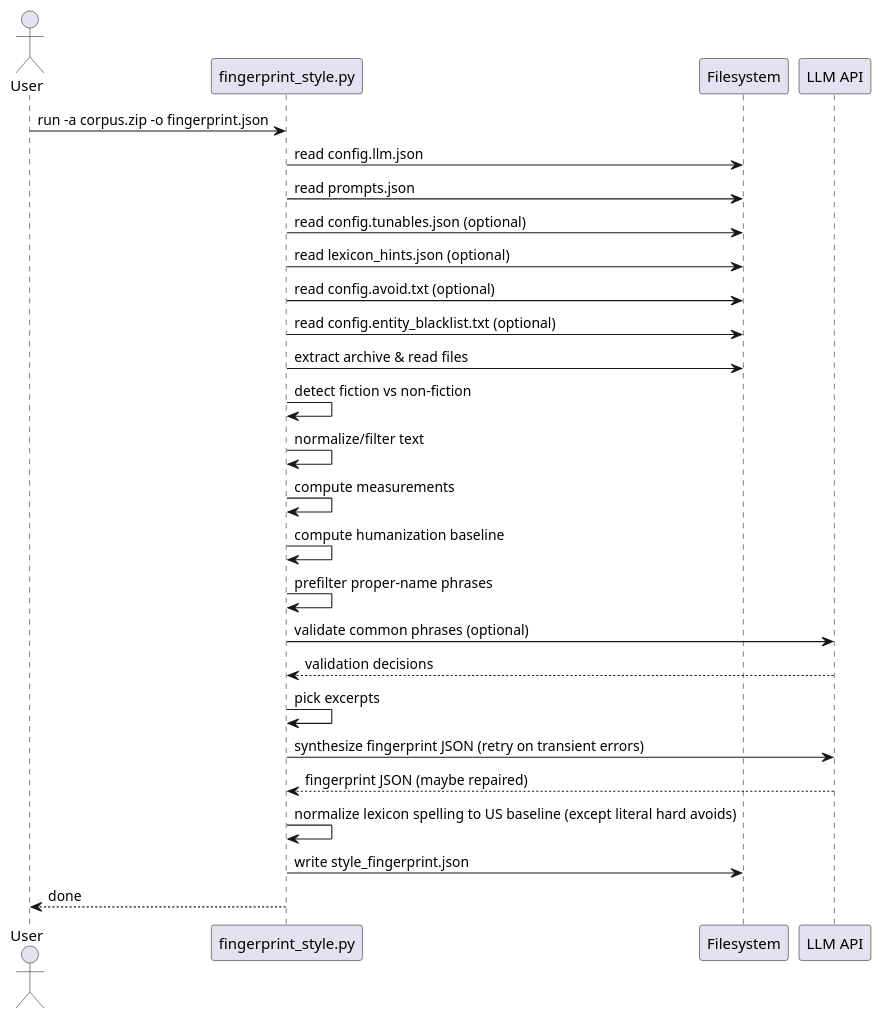
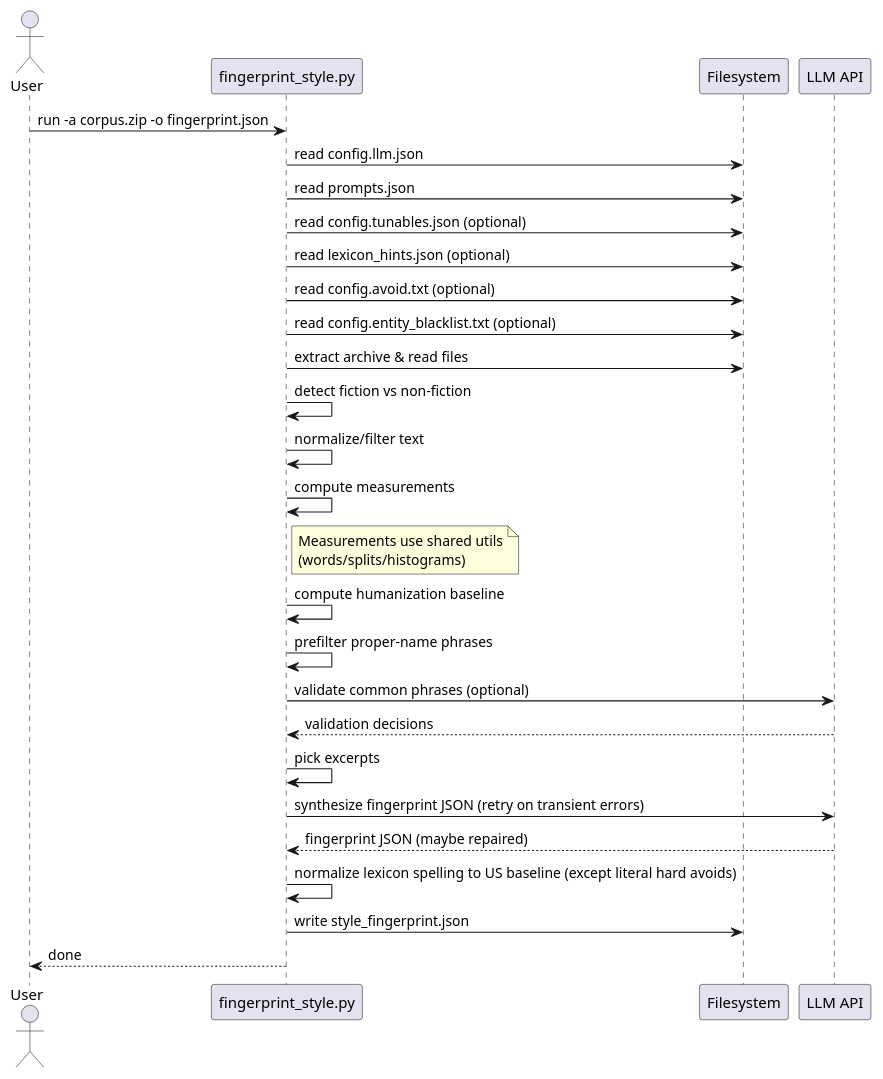
Before and after one commit to ngpepin/stylometric-transfer: the third of 3 diagrams in UML-Fingerprint.md, drawn with PlantUML. The commit also changed other lines of this file and 10 other files, not shown here.

````diff
--- a/UML-Fingerprint.md
+++ b/UML-Fingerprint.md
@@ -140,30 +152,31 @@
 ```plantuml
 @startuml
 actor User
 participant "fingerprint_style.py" as FS
 participant "Filesystem" as FSYS
 participant "LLM API" as LLM
 
 User -> FS : run -a corpus.zip -o fingerprint.json
 FS -> FSYS : read config.llm.json
 FS -> FSYS : read prompts.json
 FS -> FSYS : read config.tunables.json (optional)
 FS -> FSYS : read lexicon_hints.json (optional)
 FS -> FSYS : read config.avoid.txt (optional)
 FS -> FSYS : read config.entity_blacklist.txt (optional)
 FS -> FSYS : extract archive & read files
 FS -> FS : detect fiction vs non-fiction
 FS -> FS : normalize/filter text
 FS -> FS : compute measurements
+note right of FS : Measurements use shared utils\n(words/splits/histograms)
 FS -> FS : compute humanization baseline
 FS -> FS : prefilter proper-name phrases
 FS -> LLM : validate common phrases (optional)
 LLM --> FS : validation decisions
 FS -> FS : pick excerpts
 FS -> LLM : synthesize fingerprint JSON (retry on transient errors)
 LLM --> FS : fingerprint JSON (maybe repaired)
 FS -> FS : normalize lexicon spelling to US baseline (except literal hard avoids)
 FS -> FSYS : write style_fingerprint.json
 FS --> User : done
 @enduml
 ```
````
